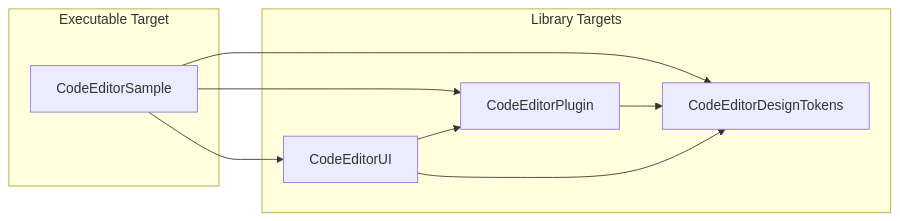
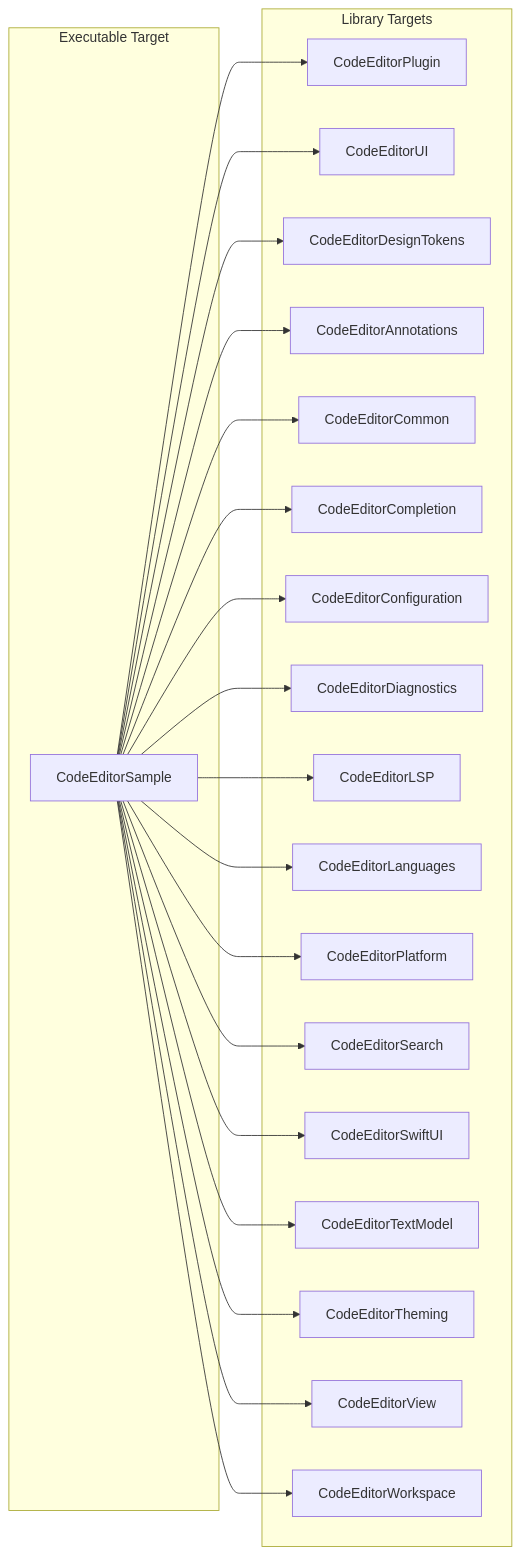
One commit to ajmcclary/CodeEditorKit changed the first of 3 diagrams in docs/Diagrams/26-sample-dependencies.md. Above: the diagram before and after it, drawn with Mermaid. The commit also changed other lines of this file and 26 other files, not shown here.

````diff
--- a/docs/Diagrams/26-sample-dependencies.md
+++ b/docs/Diagrams/26-sample-dependencies.md
@@ -7,19 +7,44 @@
 ```mermaid
 flowchart LR
     subgraph "Executable Target"
         Sample[CodeEditorSample]
     end
 
     subgraph "Library Targets"
         Plugin[CodeEditorPlugin]
         UI[CodeEditorUI]
         Tokens[CodeEditorDesignTokens]
+        Annotations[CodeEditorAnnotations]
+        Common[CodeEditorCommon]
+        Completion[CodeEditorCompletion]
+        Configuration[CodeEditorConfiguration]
+        Diagnostics[CodeEditorDiagnostics]
+        LSP[CodeEditorLSP]
+        Languages[CodeEditorLanguages]
+        Platform[CodeEditorPlatform]
+        Search[CodeEditorSearch]
+        SwiftUI[CodeEditorSwiftUI]
+        TextModel[CodeEditorTextModel]
+        Theming[CodeEditorTheming]
+        View[CodeEditorView]
+        Workspace[CodeEditorWorkspace]
     end
 
     Sample --> Plugin
     Sample --> UI
     Sample --> Tokens
-    Plugin --> Tokens
-    UI --> Tokens
-    UI --> Plugin
+    Sample --> Annotations
+    Sample --> Common
+    Sample --> Completion
+    Sample --> Configuration
+    Sample --> Diagnostics
+    Sample --> LSP
+    Sample --> Languages
+    Sample --> Platform
+    Sample --> Search
+    Sample --> SwiftUI
+    Sample --> TextModel
+    Sample --> Theming
+    Sample --> View
+    Sample --> Workspace
 ```
````
